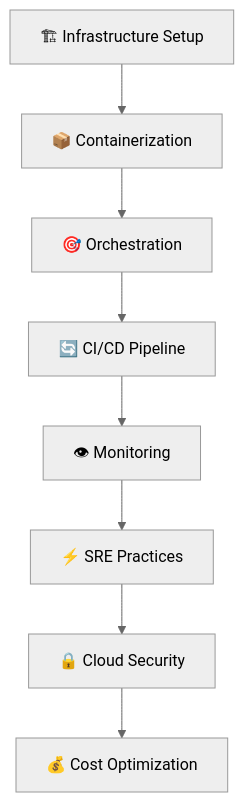
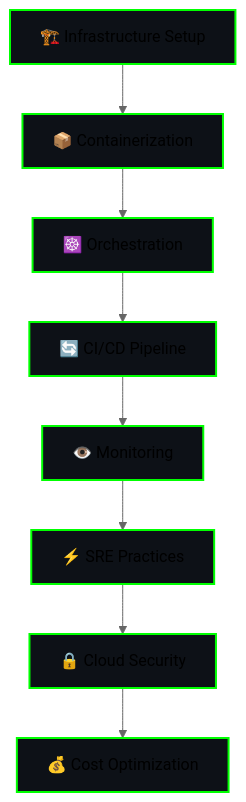
Before and after one commit to judhayaprakash27052001-Git/judhayaprakash27052001-Git: the diagram in README.md, drawn with Mermaid (neutral theme). The commit also changed other lines of this file, not shown here.

````diff
--- a/README.md
+++ b/README.md
@@ -174,10 +211,19 @@
 ```mermaid
 flowchart TD
-    A[🏗 Infrastructure Setup] --> B[📦 Containerization]
-    B --> C[🎯 Orchestration]
+    A[🏗️ Infrastructure Setup] --> B[📦 Containerization]
+    B --> C[☸️ Orchestration]
     C --> D[🔄 CI/CD Pipeline]
-    D --> E[👁 Monitoring]
+    D --> E[👁️ Monitoring]
     E --> F[⚡ SRE Practices]
     F --> G[🔒 Cloud Security]
     G --> H[💰 Cost Optimization]
+    
+    style A fill:#0D1117,stroke:#00FF00,stroke-width:2px
+    style B fill:#0D1117,stroke:#00FF00,stroke-width:2px
+    style C fill:#0D1117,stroke:#00FF00,stroke-width:2px
+    style D fill:#0D1117,stroke:#00FF00,stroke-width:2px
+    style E fill:#0D1117,stroke:#00FF00,stroke-width:2px
+    style F fill:#0D1117,stroke:#00FF00,stroke-width:2px
+    style G fill:#0D1117,stroke:#00FF00,stroke-width:2px
+    style H fill:#0D1117,stroke:#00FF00,stroke-width:2px
 ```
````
